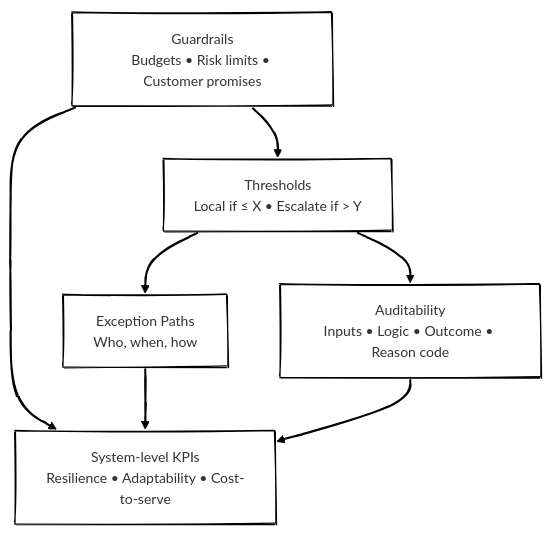
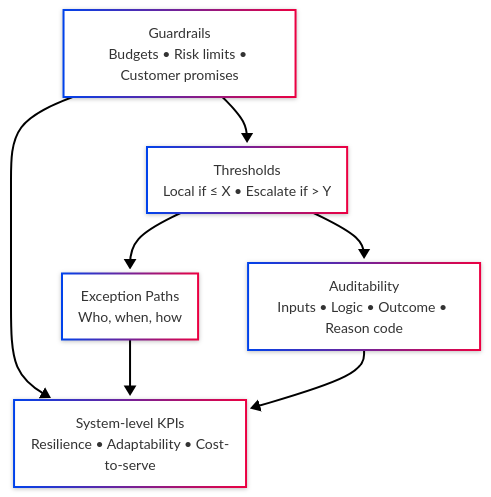
One commit to antomon/antomon.github.io changed the fifth of 5 diagrams in posts/from-planning-to-orchestration-reimagining-enterprise-beyond-S&OP/index.qmd. Above: the diagram before and after it, drawn with Mermaid. The commit also changed other lines of this file and 4 other files, not shown here.

````diff
--- a/posts/from-planning-to-orchestration-reimagining-enterprise-beyond-S&OP/index.qmd
+++ b/posts/from-planning-to-orchestration-reimagining-enterprise-beyond-S&OP/index.qmd
@@ -311,20 +294,13 @@
 ```{mermaid}
 %%| label: governance-guardrails
 %%| fig-cap: Governance inside the loop — rules clearer than roles
 %%| fig-alt: Guardrails, thresholds, escalation and audit within the orchestration cycle
 %%| fig-align: "center"
-%%{init: {"theme": "neo", "look": "handDrawn"}}%%
+%%{init: {"theme": "neo", "look": "neo"}}%%
 
-flowchart TB
-  GR[Guardrails\nBudgets • Risk limits • Customer promises]
-  TH[Thresholds\nLocal if ≤ X • Escalate if > Y]
-  EX[Exception Paths\nWho, when, how]
-  AU[Auditability\nInputs • Logic • Outcome • Reason code]
-  KP[System-level KPIs\nResilience • Adaptability • Cost-to-serve]
-
-  GR --> TH --> EX
-  TH --> AU
-  GR --> KP
-  EX --> KP
-  AU --> KP
+flowchart TD
+    GR["Guardrails<br>Budgets • Risk limits • Customer promises"] --> TH["Thresholds<br>Local if ≤ X • Escalate if &gt; Y"] & KP["System-level KPIs<br>Resilience • Adaptability • Cost-to-serve"]
+    TH --> EX["Exception Paths<br>Who, when, how"] & AU["Auditability<br>Inputs • Logic • Outcome • Reason code"]
+    EX --> KP
+    AU --> KP
 ```
````
